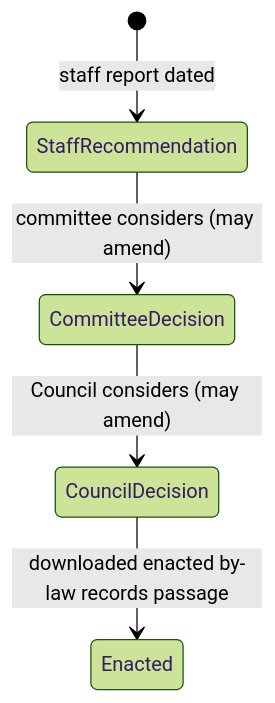
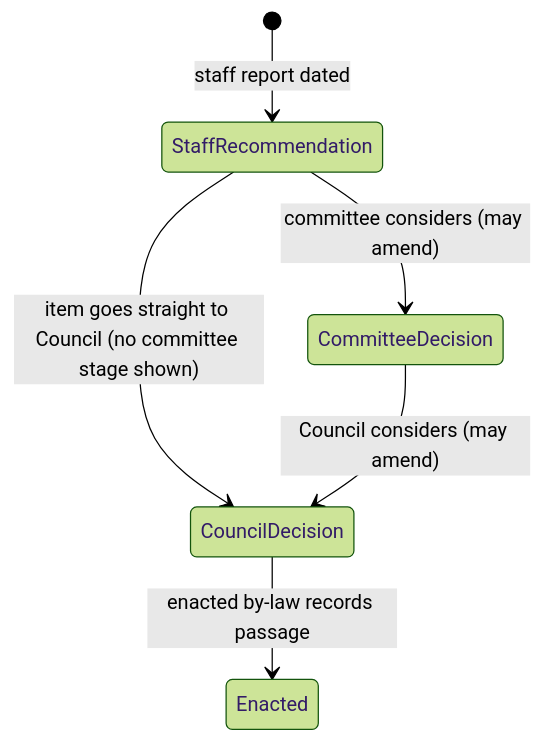
Before and after one commit to opkirat/Civify: the fifth of 7 diagrams in docs/architecture.md, drawn with Mermaid (forest theme). The commit also changed other lines of this file and 7 other files, not shown here.

Commit message:
Docs match the code: UML for auto-approval, publishing, summary and SMS; unique requirement and decision IDs; measured scalability; complete references

````diff
--- a/docs/architecture.md
+++ b/docs/architecture.md
@@ -69,7 +263,8 @@
 ```mermaid
 stateDiagram-v2
   [*] --> StaffRecommendation : staff report dated
   StaffRecommendation --> CommitteeDecision : committee considers (may amend)
+  StaffRecommendation --> CouncilDecision : item goes straight to Council (no committee stage shown)
   CommitteeDecision --> CouncilDecision : Council considers (may amend)
-  CouncilDecision --> Enacted : downloaded enacted by-law records passage
+  CouncilDecision --> Enacted : enacted by-law records passage
 ```
````
